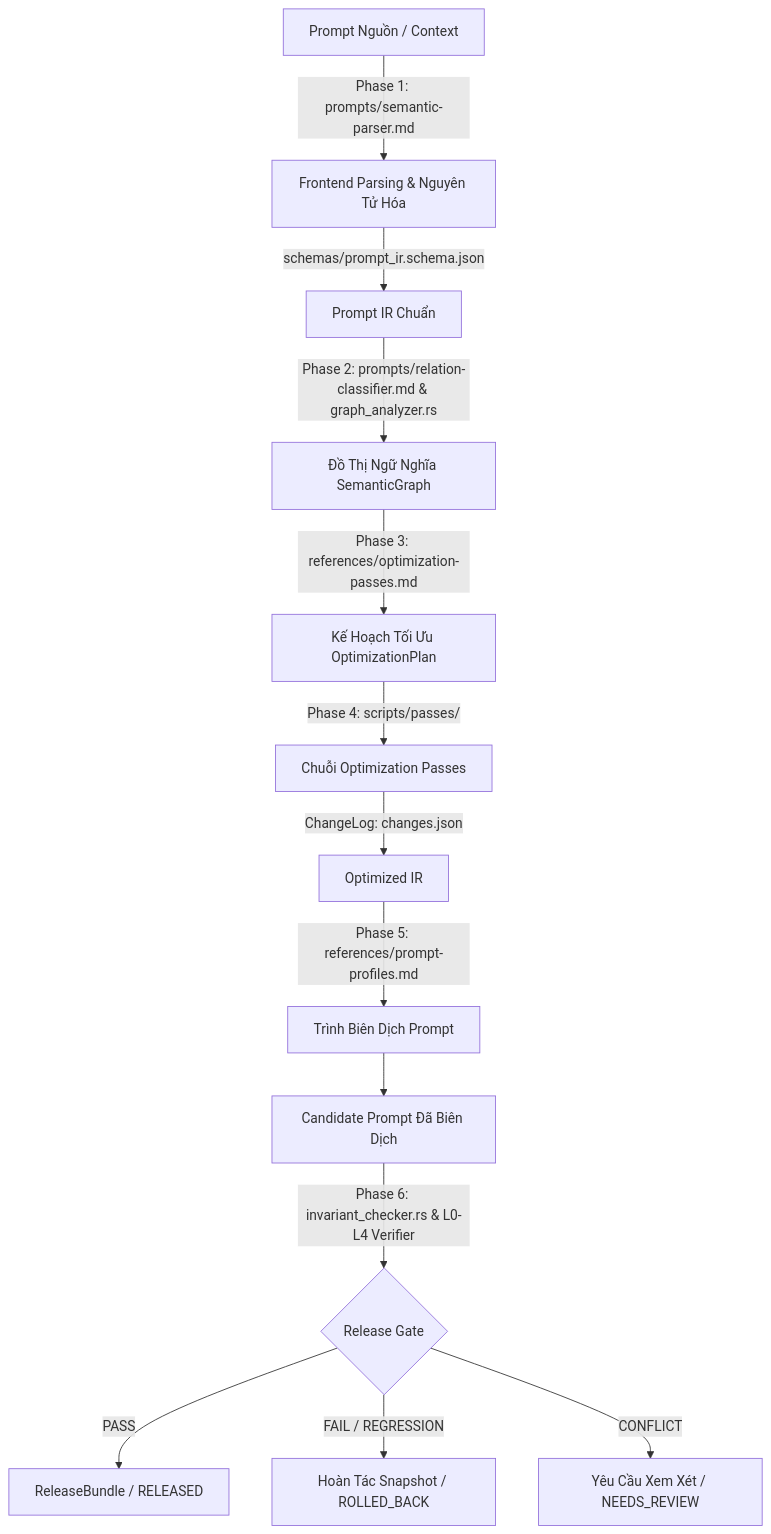
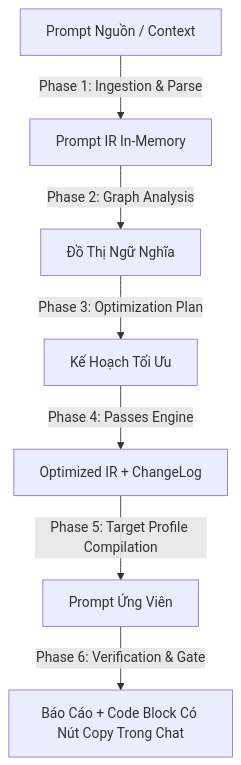
Before and after one commit to datnguyentrung/read_md: the diagram in .agents/skills/prompt-compiler-optimizer/SKILL.md, drawn with Mermaid. The commit also changed other lines of this file, not shown here.

Commit message:
feat: add prompt compiler optimizer skill and generate t1 result markdown file

````diff
--- a/.agents/skills/prompt-compiler-optimizer/SKILL.md
+++ b/.agents/skills/prompt-compiler-optimizer/SKILL.md
@@ -39,15 +40,9 @@
 ```mermaid
 graph TD
-    Raw[Prompt Nguồn / Context] -->|Phase 1: prompts/semantic-parser.md| Parse[Frontend Parsing & Nguyên Tử Hóa]
-    Parse -->|schemas/prompt_ir.schema.json| IR[Prompt IR Chuẩn]
-    IR -->|Phase 2: prompts/relation-classifier.md & graph_analyzer.rs| Graph[Đồ Thị Ngữ Nghĩa SemanticGraph]
-    Graph -->|Phase 3: references/optimization-passes.md| Plan[Kế Hoạch Tối Ưu OptimizationPlan]
-    Plan -->|Phase 4: scripts/passes/| Passes[Chuỗi Optimization Passes]
-    Passes -->|ChangeLog: changes.json| OptIR[Optimized IR]
-    OptIR -->|Phase 5: references/prompt-profiles.md| Compiler[Trình Biên Dịch Prompt]
-    Compiler --> Candidate[Candidate Prompt Đã Biên Dịch]
-    Candidate -->|Phase 6: invariant_checker.rs & L0-L4 Verifier| Gate{Release Gate}
-    Gate -- PASS --> Release[ReleaseBundle / RELEASED]
-    Gate -- FAIL / REGRESSION --> Rollback[Hoàn Tác Snapshot / ROLLED_BACK]
-    Gate -- CONFLICT --> Review[Yêu Cầu Xem Xét / NEEDS_REVIEW]
+    Raw[Prompt Nguồn / Context] -->|Phase 1: Ingestion & Parse| IR[Prompt IR In-Memory]
+    IR -->|Phase 2: Graph Analysis| Graph[Đồ Thị Ngữ Nghĩa]
+    Graph -->|Phase 3: Optimization Plan| Plan[Kế Hoạch Tối Ưu]
+    Plan -->|Phase 4: Passes Engine| OptIR[Optimized IR + ChangeLog]
+    OptIR -->|Phase 5: Target Profile Compilation| Candidate[Prompt Ứng Viên]
+    Candidate -->|Phase 6: Verification & Gate| ChatReport[Báo Cáo + Code Block Có Nút Copy Trong Chat]
 ```
````
